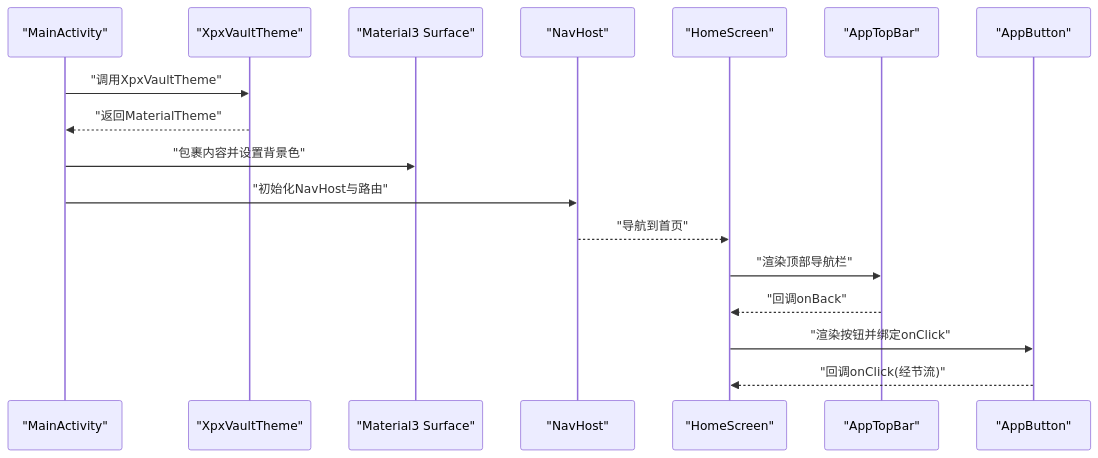
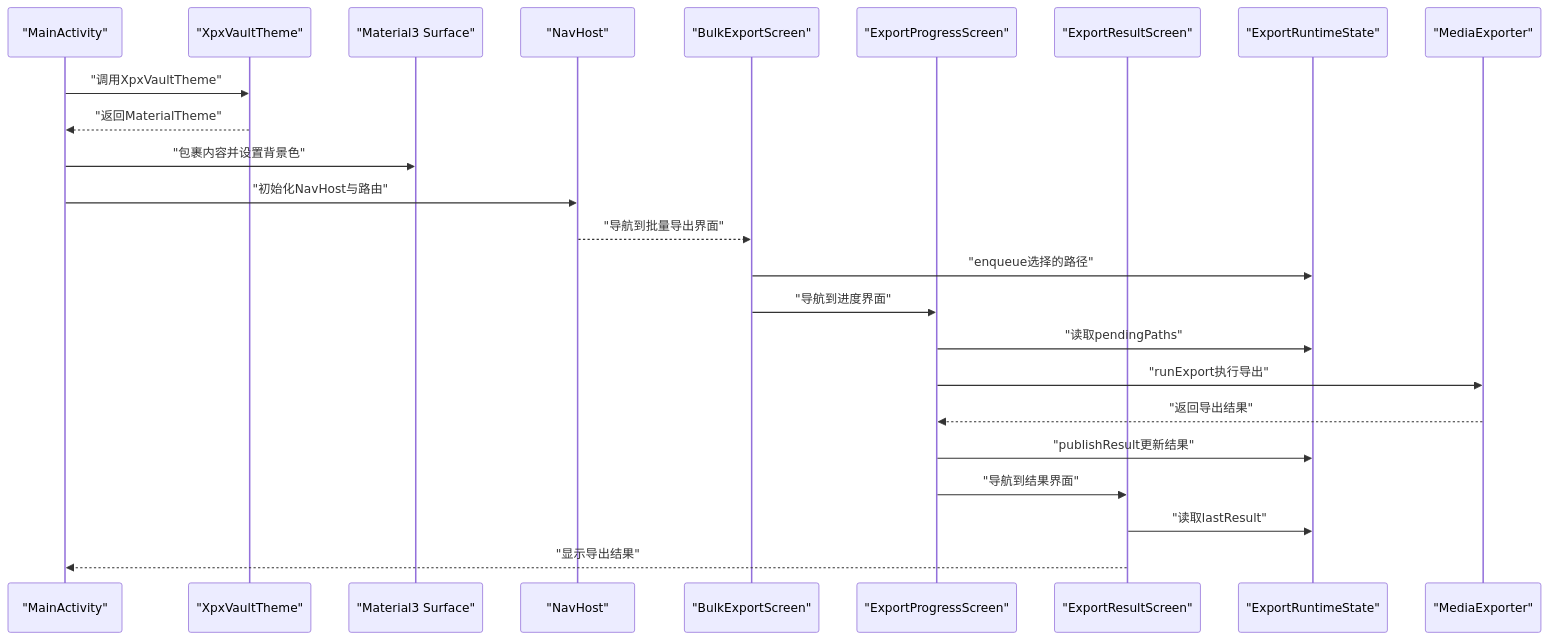
Before and after one commit to wanhongbo/ai-photo-vault: the second of 13 diagrams in .qoder/repowiki/zh/content/UI组件系统/UI组件系统.md, drawn with Mermaid. The commit also changed other lines of this file and 22 other files, not shown here.

````diff
--- a/.qoder/repowiki/zh/content/UI组件系统/UI组件系统.md
+++ b/.qoder/repowiki/zh/content/UI组件系统/UI组件系统.md
@@ -141,19 +173,26 @@
 ```mermaid
 sequenceDiagram
 participant Act as "MainActivity"
 participant Theme as "XpxVaultTheme"
 participant Surface as "Material3 Surface"
 participant Nav as "NavHost"
-participant Home as "HomeScreen"
-participant TopBar as "AppTopBar"
-participant Btn as "AppButton"
+participant Bulk as "BulkExportScreen"
+participant Progress as "ExportProgressScreen"
+participant Result as "ExportResultScreen"
+participant Runtime as "ExportRuntimeState"
+participant Exporter as "MediaExporter"
 Act->>Theme : "调用XpxVaultTheme"
 Theme-->>Act : "返回MaterialTheme"
 Act->>Surface : "包裹内容并设置背景色"
 Act->>Nav : "初始化NavHost与路由"
-Nav-->>Home : "导航到首页"
-Home->>TopBar : "渲染顶部导航栏"
-TopBar-->>Home : "回调onBack"
-Home->>Btn : "渲染按钮并绑定onClick"
-Btn-->>Home : "回调onClick(经节流)"
+Nav-->>Bulk : "导航到批量导出界面"
+Bulk->>Runtime : "enqueue选择的路径"
+Bulk->>Progress : "导航到进度界面"
+Progress->>Runtime : "读取pendingPaths"
+Progress->>Exporter : "runExport执行导出"
+Exporter-->>Progress : "返回导出结果"
+Progress->>Runtime : "publishResult更新结果"
+Progress->>Result : "导航到结果界面"
+Result->>Runtime : "读取lastResult"
+Result-->>Act : "显示导出结果"
 ```
````
